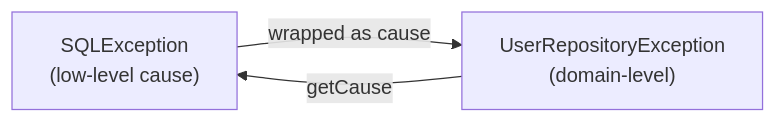
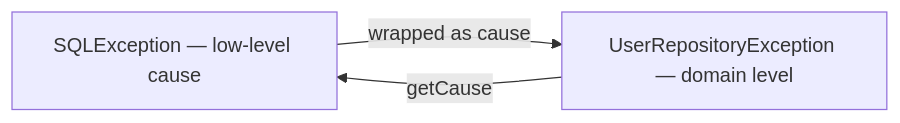
One commit to mohammad-mriesh-job/cortex changed the diagram in src/modules/java/content/04-exceptions/03-custom-exceptions.md. Above: the diagram before and after it, drawn with Mermaid. The commit also changed other lines of this file and 257 other files, not shown here.

````diff
--- a/src/modules/java/content/04-exceptions/03-custom-exceptions.md
+++ b/src/modules/java/content/04-exceptions/03-custom-exceptions.md
@@ -86,5 +86,5 @@
 ```mermaid
 flowchart LR
-    A["SQLException<br/>(low-level cause)"] -->|wrapped as cause| B["UserRepositoryException<br/>(domain-level)"]
+    A["SQLException — low-level cause"] -->|wrapped as cause| B["UserRepositoryException — domain level"]
     B -->|getCause| A
 ```
````
